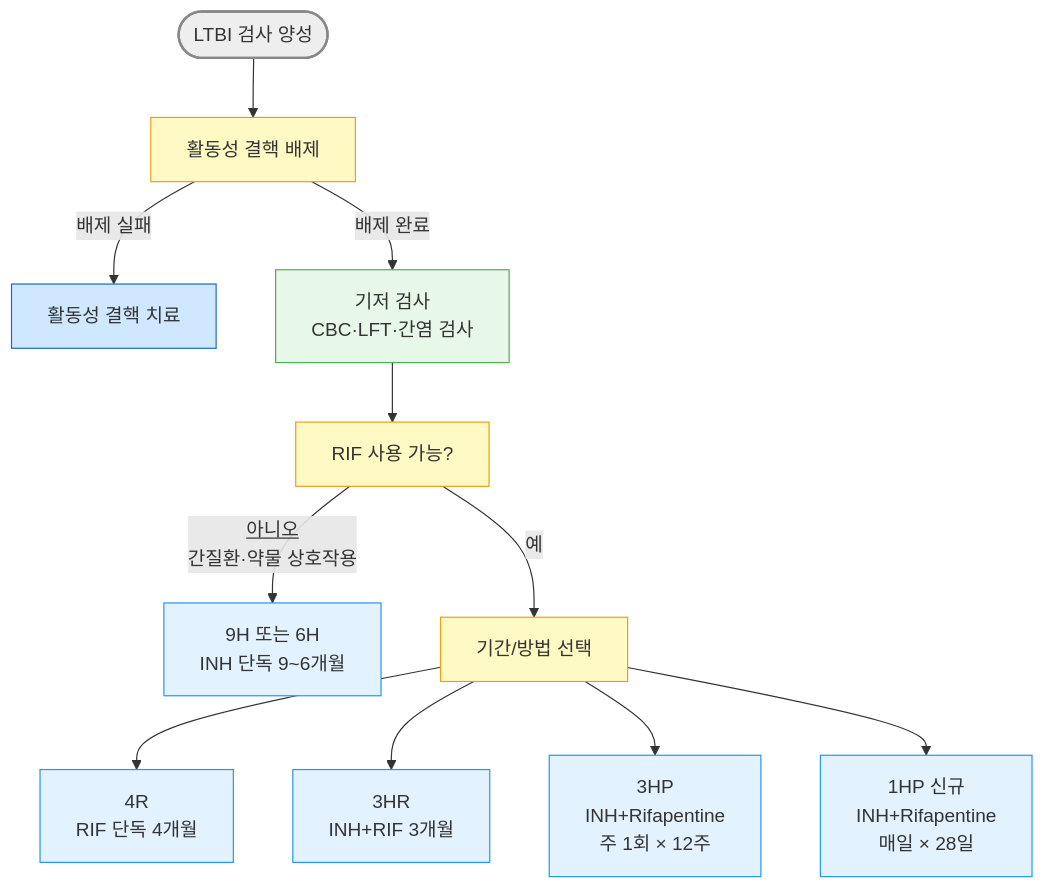
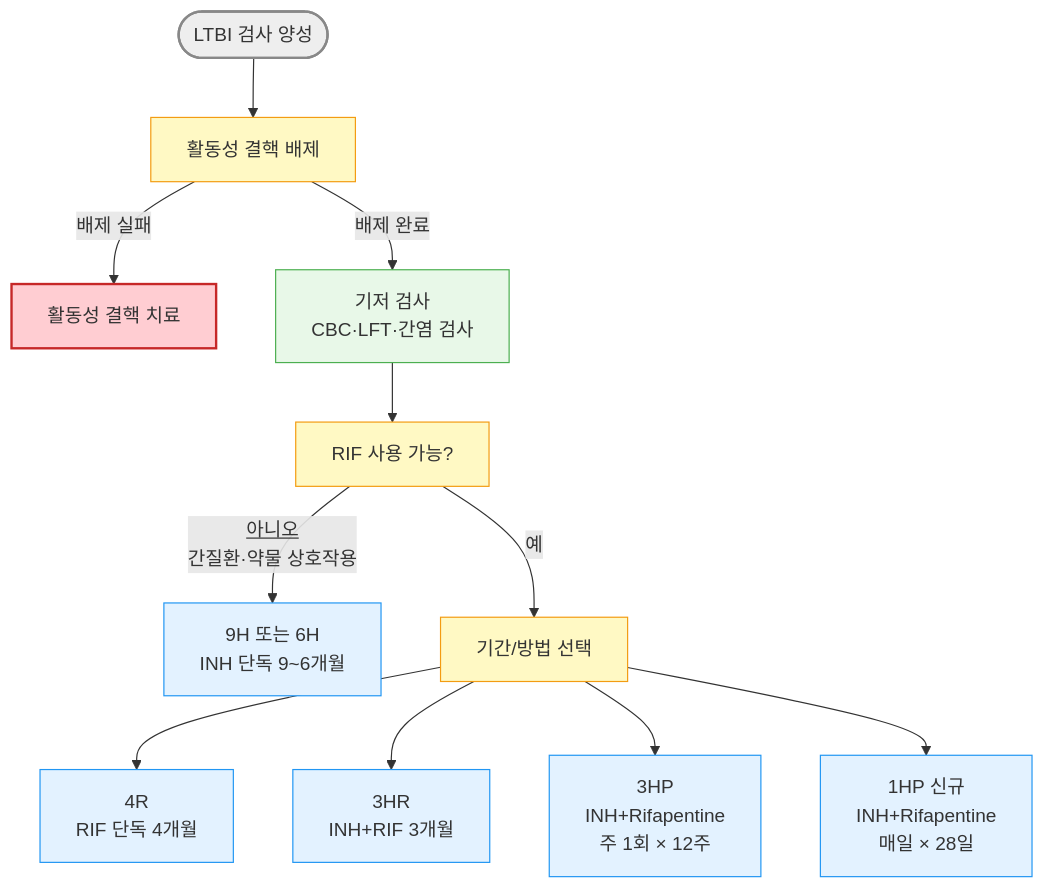
The fourth of 4 diagrams in 223_/070_-tuberculosis.md (familyoh77/familyoh77), drawn with Mermaid before and after one commit. The commit also changed other lines of this file, not shown here.

````diff
--- a/223_/070_-tuberculosis.md
+++ b/223_/070_-tuberculosis.md
@@ -452,21 +453,21 @@
 ```mermaid
 graph TD
     A([LTBI 검사 양성]) --> B[활동성 결핵 배제]
     B -->|배제 실패| C[활동성 결핵 치료]
     B -->|배제 완료| D["기저 검사<br/>CBC·LFT·간염 검사"]
     D --> E[RIF 사용 가능?]
     E -->|<u>아니오</u><br/>간질환·약물 상호작용| F["9H 또는 6H<br/>INH 단독 9~6개월"]
     E -->|예| G[기간/방법 선택]
     G --> H["4R<br/>RIF 단독 4개월"]
     G --> I["3HR<br/>INH+RIF 3개월"]
     G --> J["3HP<br/>INH+Rifapentine<br/>주 1회 × 12주"]
     G --> K["1HP 신규 <br/>INH+Rifapentine<br/>매일 × 28일"]
 
     style A fill:#eeeeee,stroke:#888888,stroke-width:2px
     style D fill:#e8f8e8,stroke:#4caf50
-    style C fill:#d0e8ff,stroke:#1a6abf
+    style C fill:#ffcdd2,stroke:#c62828,stroke-width:2px
 classDef yellow fill:#fff9c4,stroke:#f39c12
 class B,E,G yellow
 classDef sky fill:#e3f2ff,stroke:#2196f3
 class H,I,J,K,F sky
 ```
````
